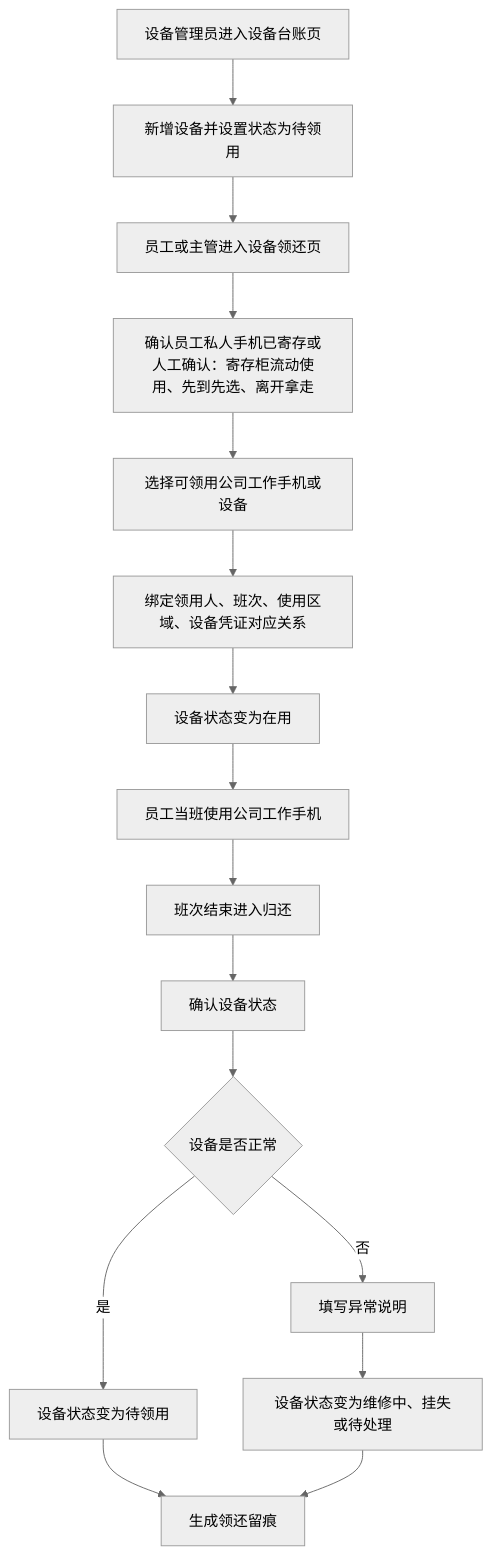
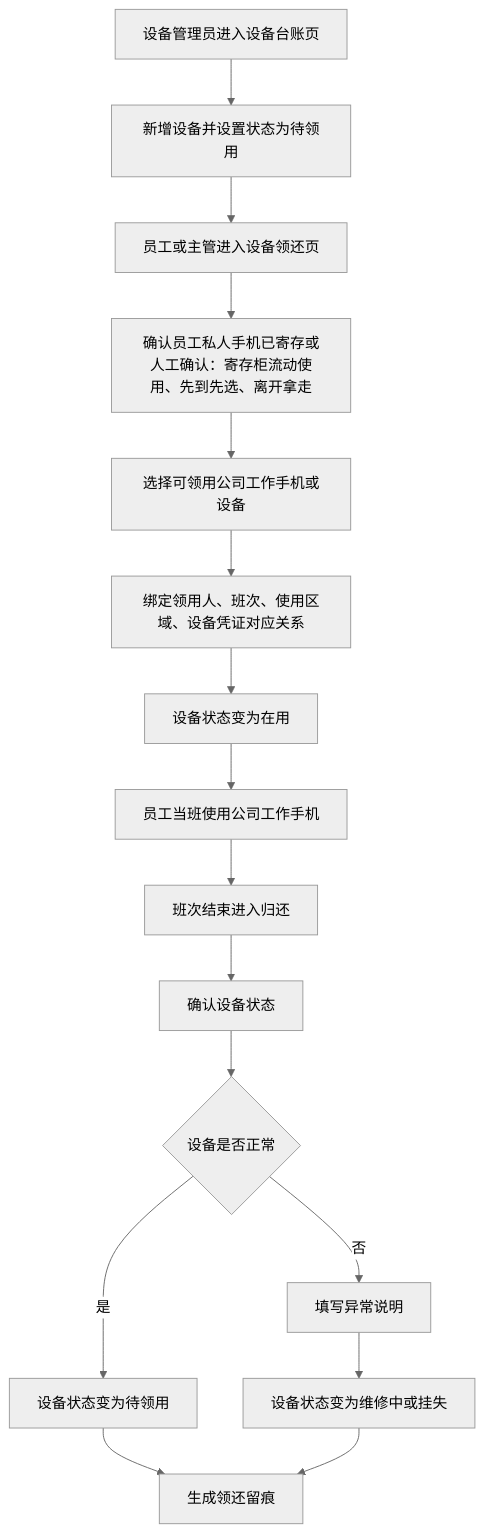
One commit to jxh1979/mall changed diagram 13 of 19 in docs/platform-governance-product-spec-v0.2.md. Above: the diagram before and after it, drawn with Mermaid (neutral theme). The commit also changed other lines of this file and 2 other files, not shown here.

````diff
--- a/docs/platform-governance-product-spec-v0.2.md
+++ b/docs/platform-governance-product-spec-v0.2.md
@@ -1952,18 +1948,18 @@
 ```mermaid
 flowchart TD
     A["设备管理员进入设备台账页"] --> B["新增设备并设置状态为待领用"]
     B --> C["员工或主管进入设备领还页"]
     C --> D["确认员工私人手机已寄存或人工确认：寄存柜流动使用、先到先选、离开拿走"]
     D --> E["选择可领用公司工作手机或设备"]
     E --> F["绑定领用人、班次、使用区域、设备凭证对应关系"]
     F --> G["设备状态变为在用"]
     G --> H["员工当班使用公司工作手机"]
     H --> I["班次结束进入归还"]
     I --> J["确认设备状态"]
     J --> K{"设备是否正常"}
     K -- "是" --> L["设备状态变为待领用"]
     K -- "否" --> M["填写异常说明"]
-    M --> N["设备状态变为维修中、挂失或待处理"]
+    M --> N["设备状态变为维修中或挂失"]
     L --> O["生成领还留痕"]
     N --> O
 ```
````
